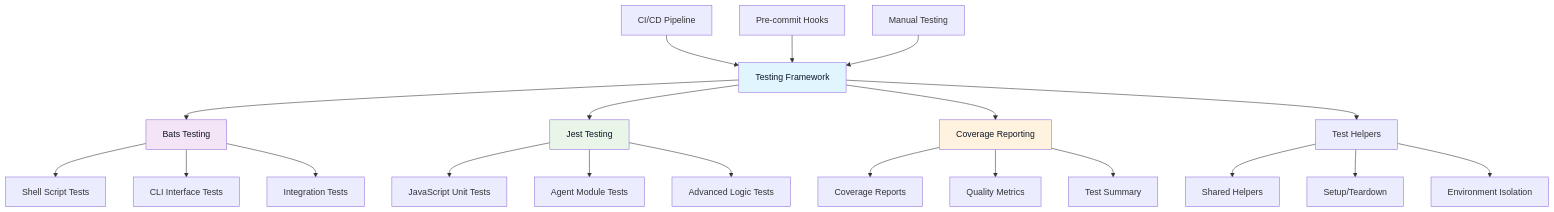
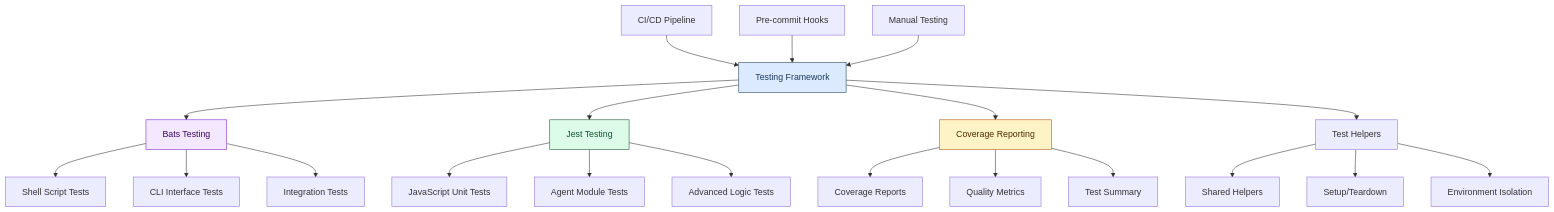
Before and after one commit to lightspeedwp/.github: the first of 3 diagrams in tests/README.md, drawn with Mermaid. The commit also changed other lines of this file and 181 other files, not shown here.

Commit message:
docs: maintenance updates (Mermaid + staleness)

````diff
--- a/tests/README.md
+++ b/tests/README.md
@@ -51,34 +51,34 @@
 ```mermaid
 graph TB
   accTitle: 📊 Testing Architecture
   accDescr: Top-down graph showing how the testing framework branches into Bats, Jest, coverage reporting, and test helpers
     A[Testing Framework] --> B[Bats Testing]
     A --> C[Jest Testing]
     A --> D[Coverage Reporting]
     A --> E[Test Helpers]
 
     B --> F[Shell Script Tests]
     B --> G[CLI Interface Tests]
     B --> H[Integration Tests]
 
     C --> I[JavaScript Unit Tests]
     C --> J[Agent Module Tests]
     C --> K[Advanced Logic Tests]
 
     D --> L[Coverage Reports]
     D --> M[Quality Metrics]
     D --> N[Test Summary]
 
     E --> O[Shared Helpers]
     E --> P[Setup/Teardown]
     E --> Q[Environment Isolation]
 
     R[CI/CD Pipeline] --> A
     S[Pre-commit Hooks] --> A
     T[Manual Testing] --> A
 
-    style A fill:#e1f5fe,color:#0f172a
-    style B fill:#f3e5f5,color:#0f172a
-    style C fill:#e8f5e8,color:#0f172a
-    style D fill:#fff3e0,color:#0f172a
+    style A fill:#dbeafe,color:#1e3a5f,stroke:#1e3a5f
+    style B fill:#f3e8ff,color:#3b0764,stroke:#7e22ce
+    style C fill:#dcfce7,color:#14532d,stroke:#14532d
+    style D fill:#fef3c7,color:#4a2c00,stroke:#b45309
 ```
````
